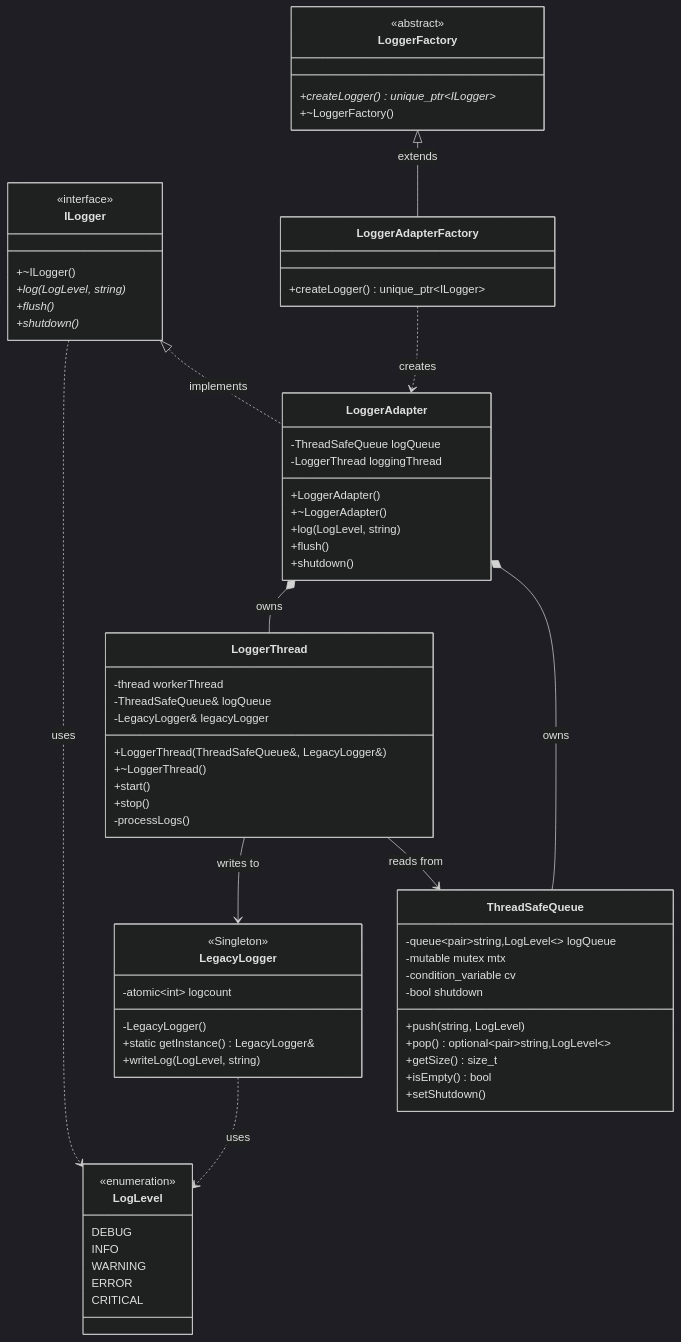
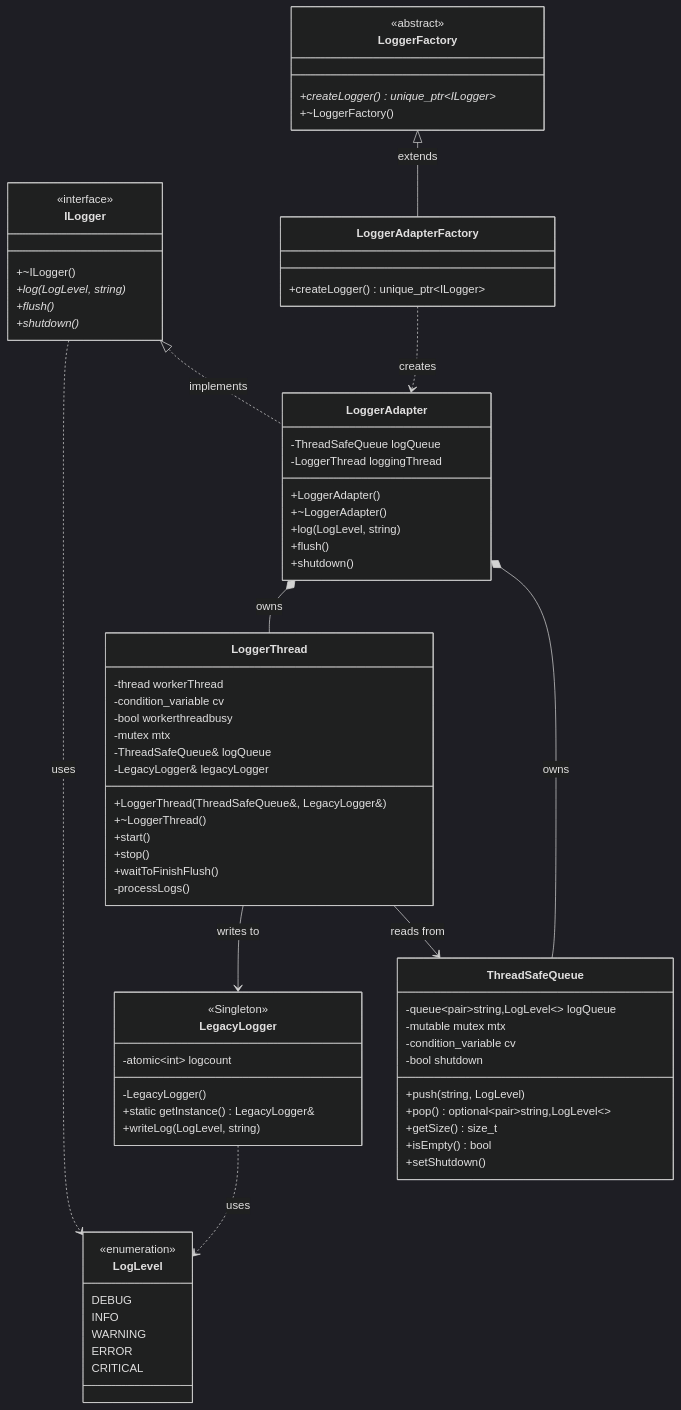
The first of 3 diagrams in Design_patterns/Design_pattern_project/Design_doc/Thread_Safe_Logger_Design.md (Pavan-Learning/my_cpp_program), drawn with Mermaid (dark theme) before and after one commit. The commit also changed other lines of this file, not shown here.

```diff
--- a/Design_patterns/Design_pattern_project/Design_doc/Thread_Safe_Logger_Design.md
+++ b/Design_patterns/Design_pattern_project/Design_doc/Thread_Safe_Logger_Design.md
@@ -60,12 +80,16 @@
 
     class LoggerThread {
         -thread workerThread
+        -condition_variable cv
+        -bool workerthreadbusy
+        -mutex mtx
         -ThreadSafeQueue& logQueue
         -LegacyLogger& legacyLogger
         +LoggerThread(ThreadSafeQueue&, LegacyLogger&)
         +~LoggerThread()
         +start()
         +stop()
+        +waitToFinishFlush()
         -processLogs()
     }
 
```
